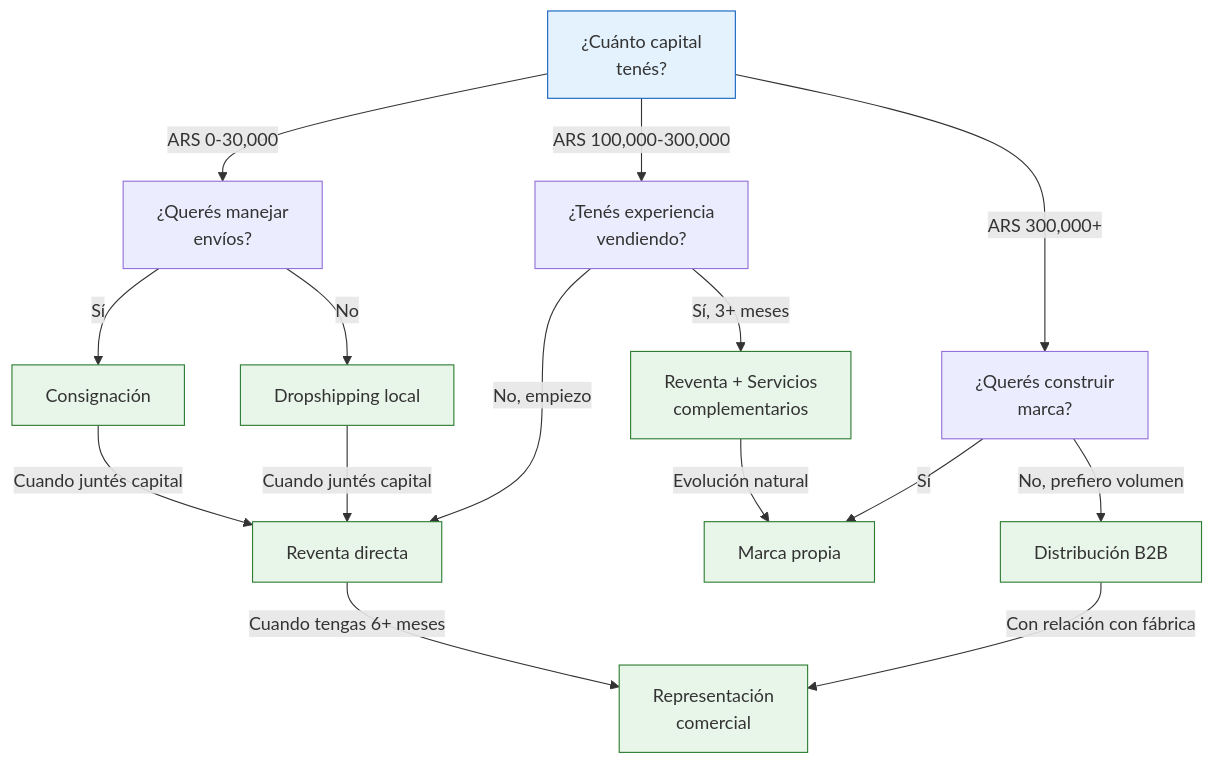
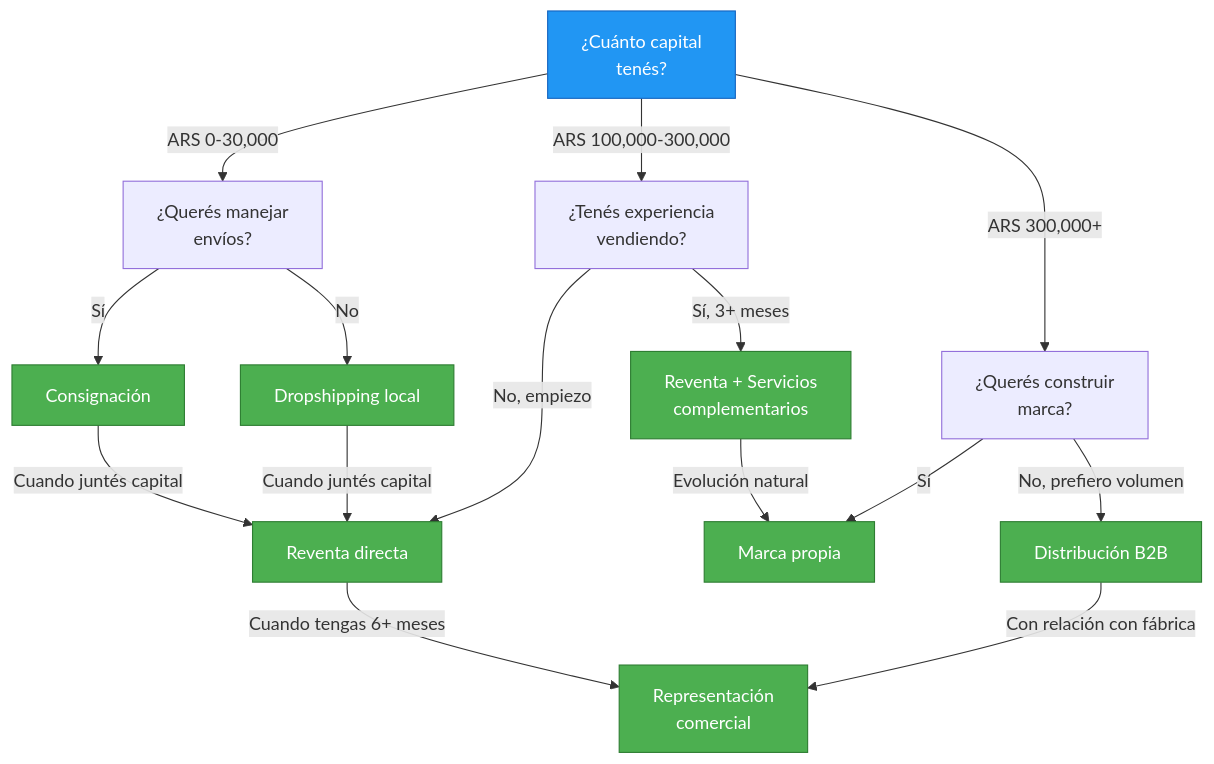
One commit to barrosignacioezequiel-coder/docs changed the first of 2 diagrams in app/paso1-argentina/empezar-de-cero/comparacion-modelos.mdx. Above: the diagram before and after it, drawn with Mermaid. The commit also changed other lines of this file and 66 other files, not shown here.

First line of the commit message:
fix: resolve Mermaid v11 numbered list errors + improve contrast

````diff
--- a/app/paso1-argentina/empezar-de-cero/comparacion-modelos.mdx
+++ b/app/paso1-argentina/empezar-de-cero/comparacion-modelos.mdx
@@ -115,30 +115,30 @@
 ```mermaid
 graph TD
     A["¿Cuánto capital<br/>tenés?"] -->|"ARS 0-30,000"| B["¿Querés manejar<br/>envíos?"]
     A -->|"ARS 100,000-300,000"| C["¿Tenés experiencia<br/>vendiendo?"]
     A -->|"ARS 300,000+"| D["¿Querés construir<br/>marca?"]
 
     B -->|"Sí"| E["Consignación"]
     B -->|"No"| F["Dropshipping local"]
 
     C -->|"No, empiezo"| G["Reventa directa"]
     C -->|"Sí, 3+ meses"| H["Reventa + Servicios<br/>complementarios"]
 
     D -->|"Sí"| I["Marca propia"]
     D -->|"No, prefiero volumen"| J["Distribución B2B"]
 
     E -->|"Cuando juntés capital"| G
     F -->|"Cuando juntés capital"| G
     G -->|"Cuando tengas 6+ meses"| K["Representación<br/>comercial"]
     H -->|"Evolución natural"| I
     J -->|"Con relación con fábrica"| K
 
-    style A fill:#e3f2fd,stroke:#1565c0
-    style E fill:#e8f5e9,stroke:#2e7d32
-    style F fill:#e8f5e9,stroke:#2e7d32
-    style G fill:#e8f5e9,stroke:#2e7d32
-    style H fill:#e8f5e9,stroke:#2e7d32
-    style I fill:#e8f5e9,stroke:#2e7d32
-    style J fill:#e8f5e9,stroke:#2e7d32
-    style K fill:#e8f5e9,stroke:#2e7d32
+    style A fill:#2196f3,stroke:#1565c0,color:#fff
+    style E fill:#4caf50,stroke:#2e7d32,color:#fff
+    style F fill:#4caf50,stroke:#2e7d32,color:#fff
+    style G fill:#4caf50,stroke:#2e7d32,color:#fff
+    style H fill:#4caf50,stroke:#2e7d32,color:#fff
+    style I fill:#4caf50,stroke:#2e7d32,color:#fff
+    style J fill:#4caf50,stroke:#2e7d32,color:#fff
+    style K fill:#4caf50,stroke:#2e7d32,color:#fff
 ```
````
